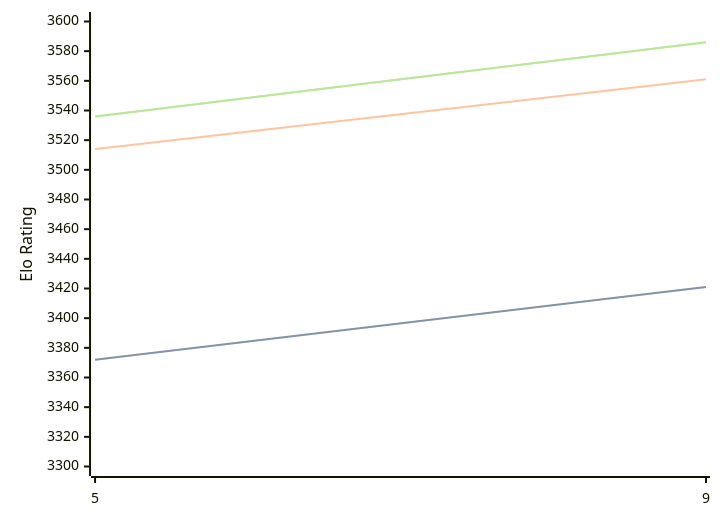
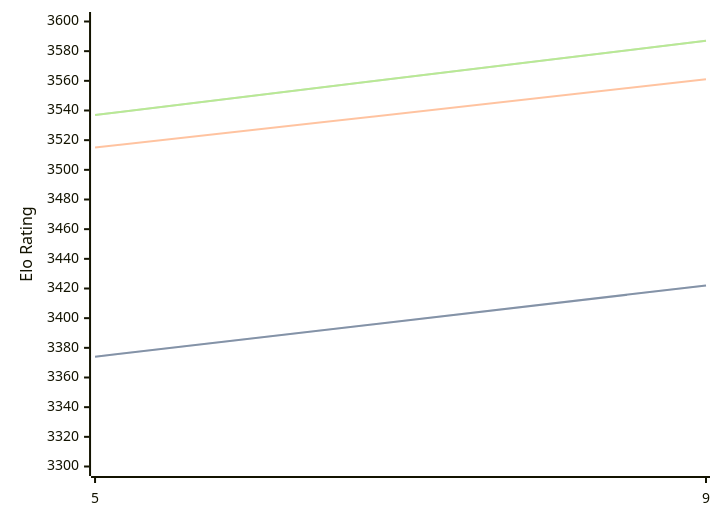
The diagram in engines/Crystal.md (computer-chess-index/cci), drawn with Mermaid before and after one commit. The commit also changed other lines of this file, not shown here.

Commit message:
Update CCI Ratings (ELO VLTC) - 2026-08-19

````diff
--- a/engines/Crystal.md
+++ b/engines/Crystal.md
@@ -32,11 +32,11 @@
 ```mermaid
 %%{init: {"theme":"base","themeVariables":{"seriesColors:['#a3a3a3','#222221','#faa371']}}}%%
 xychart-beta
   x-axis ["5", "9"]
   y-axis "Elo Rating" 3300 --> 3600
-  line "STC (8.0+0.08s)" [3372, 3421]
-  line "STC (8.0+0.08s)" [3372, 3421]
-  line "LTC (60.0+0.60s)" [3514, 3561]
-  line "VLTC (2m24s+1.12s)" [3536, 3586]
-  line "VLTC (2m24s+1.12s)" [3536, 3586]
+  line "STC (8.0+0.08s)" [3374, 3422]
+  line "STC (8.0+0.08s)" [3374, 3422]
+  line "LTC (60.0+0.60s)" [3515, 3561]
+  line "VLTC (2m24s+1.12s)" [3537, 3587]
+  line "VLTC (2m24s+1.12s)" [3537, 3587]
 ```
````
